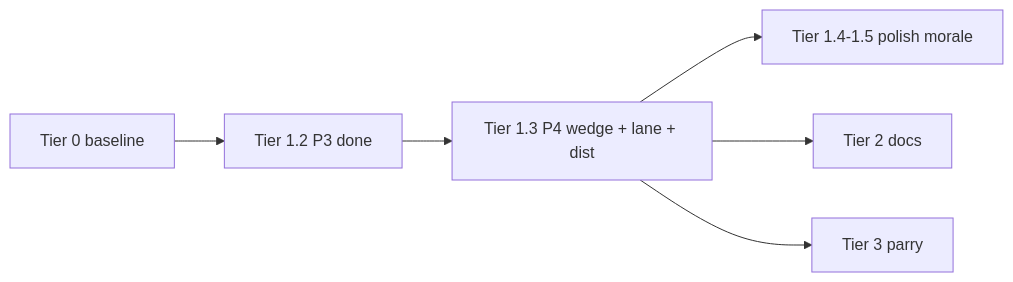
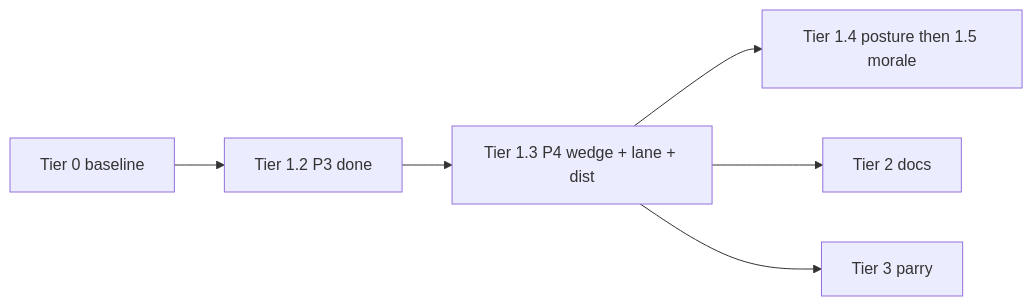
The diagram in docs/IMPLEMENTATION_ORDER.md (Evernight27/FallenPaths), drawn with Mermaid before and after one commit. The commit also changed other lines of this file and 48 other files, not shown here.

````diff
--- a/docs/IMPLEMENTATION_ORDER.md
+++ b/docs/IMPLEMENTATION_ORDER.md
@@ -42,12 +42,12 @@
 ```mermaid
 flowchart LR
   T0[Tier 0 baseline]
   T12[Tier 1.2 P3 done]
   T13[Tier 1.3 P4 wedge + lane + dist]
-  T14[Tier 1.4-1.5 polish morale]
+  T14[Tier 1.4 posture then 1.5 morale]
   T2[Tier 2 docs]
   T3[Tier 3 parry]
   T0 --> T12 --> T13 --> T14
   T13 --> T2
   T13 --> T3
 ```
````
